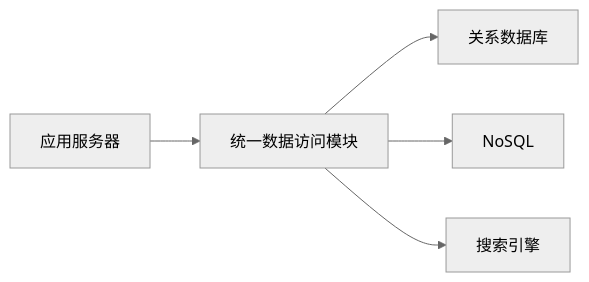
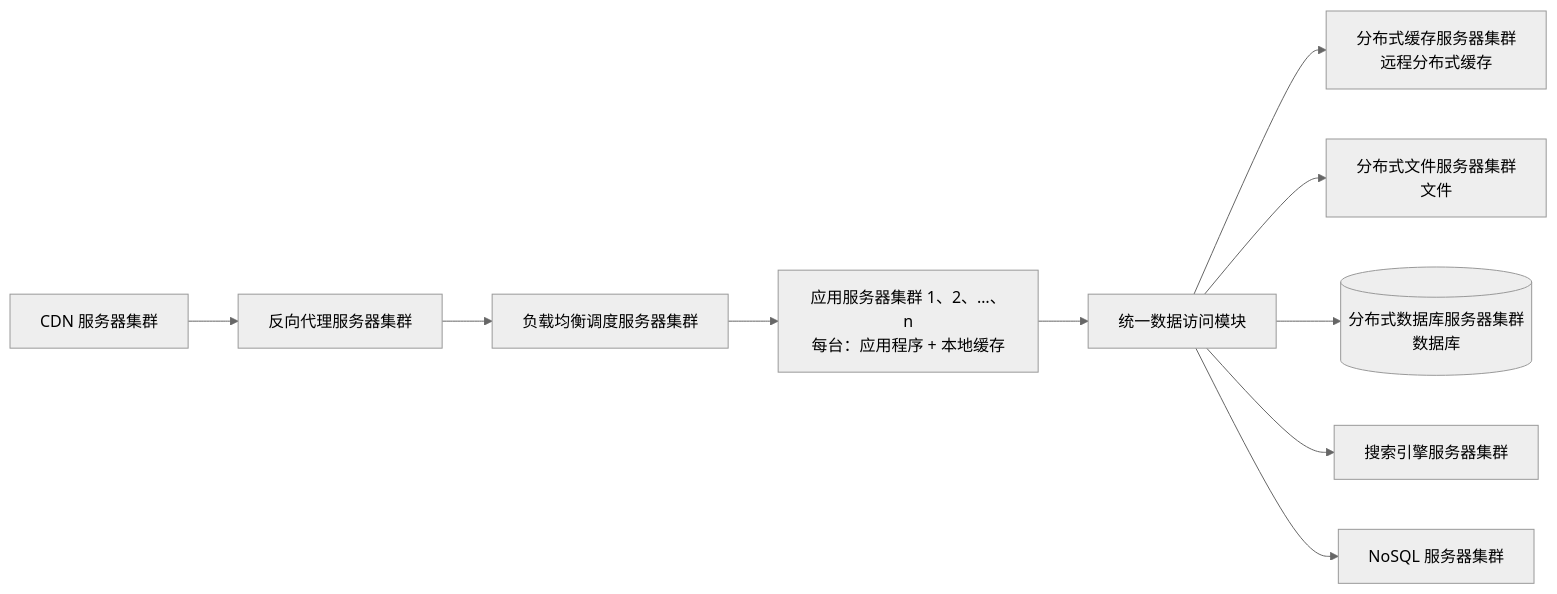
Diagram 17 of 20 in 01.系统架构设计师教材-清洗版/第10章-软件架构的演化和维护.md (YoungHong1992/ruankao-senior-architecture-designer), drawn with Mermaid (neutral theme) before and after one commit. The commit also changed other lines of this file and 24 other files, not shown here.

````diff
--- a/01.系统架构设计师教材-清洗版/第10章-软件架构的演化和维护.md
+++ b/01.系统架构设计师教材-清洗版/第10章-软件架构的演化和维护.md
@@ -812,7 +987,11 @@
 ```mermaid
 flowchart LR
-    Apps["应用服务器"] --> Access["统一数据访问模块"]
-    Access --> RDB["关系数据库"]
-    Access --> NoSQL["NoSQL"]
-    Access --> Search["搜索引擎"]
+    CDN["CDN 服务器集群"] --> Proxy["反向代理服务器集群"] --> LB["负载均衡调度服务器集群"]
+    LB --> Apps["应用服务器集群 1、2、…、n\n每台：应用程序 + 本地缓存"]
+    Apps --> Access["统一数据访问模块"]
+    Access --> Cache["分布式缓存服务器集群\n远程分布式缓存"]
+    Access --> DFS["分布式文件服务器集群\n文件"]
+    Access --> DDB[("分布式数据库服务器集群\n数据库")]
+    Access --> Search["搜索引擎服务器集群"]
+    Access --> NoSQL["NoSQL 服务器集群"]
 ```
````
